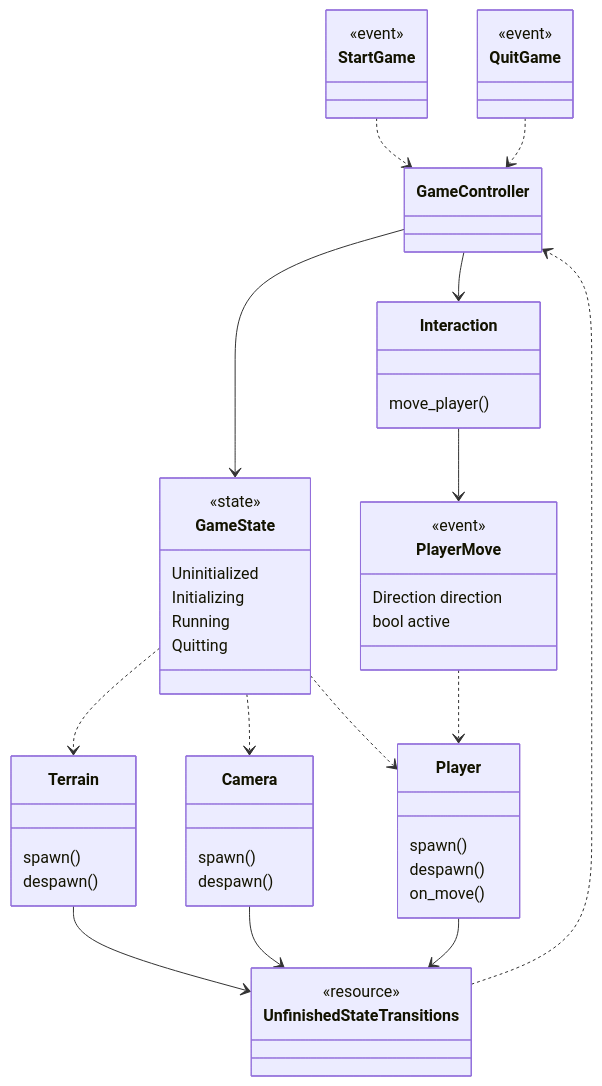
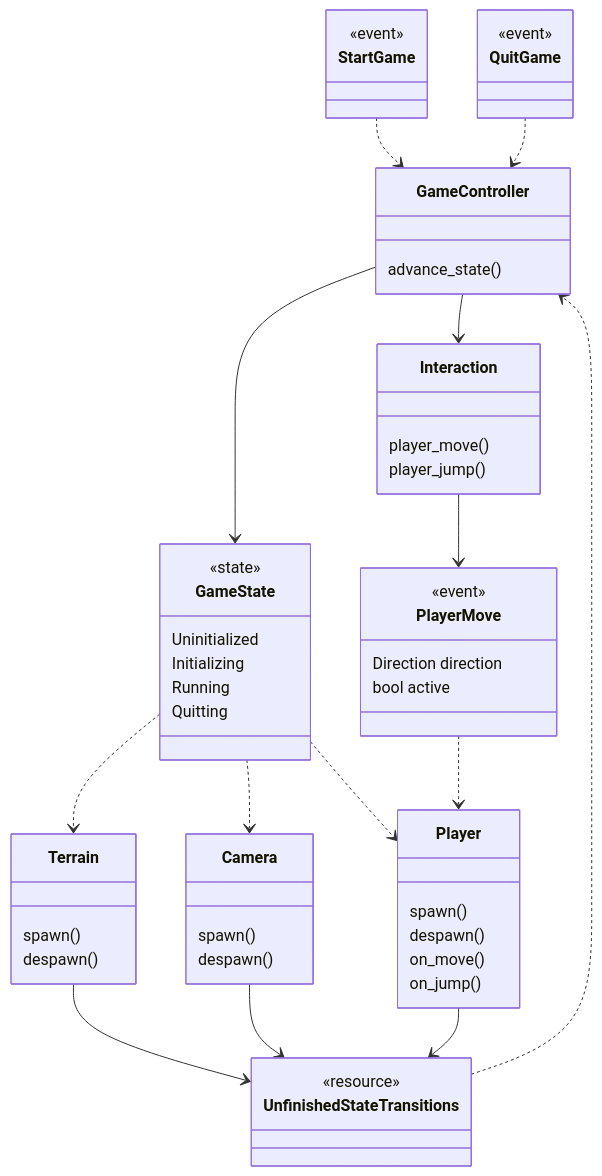
One commit to IhnoL/bevy_barcamp changed the diagram in spec/architecture.mmd. Above: the diagram before and after it, drawn with Mermaid. The commit also changed 2 other files, not shown here.

```diff
--- a/spec/architecture.mmd
+++ b/spec/architecture.mmd
@@ -1,54 +1,57 @@
 %% Mermaid class diagram
 classDiagram
-    class GameController{
+    class GameController {
+        advance_state()
     }
     class Terrain {
         spawn()
         despawn()
     }
     class Camera {
         spawn()
         despawn()
     }
     class Player {
         spawn()
         despawn()
         on_move()
+        on_jump()
     }
     class Interaction {
-        move_player()
+        player_move()
+        player_jump()
     }
     class GameState {
         <<state>>
         Uninitialized
         Initializing
         Running
         Quitting
     }
     class PlayerMove {
         <<event>>
         Direction direction
         bool active
     }
     class UnfinishedStateTransitions {
         <<resource>>
     }
     class StartGame {
         <<event>>
     }
     class QuitGame{
         <<event>>
     }
     GameController --> Interaction
     GameController --> GameState
     GameState ..> Terrain
     GameState ..> Camera
     GameState ..> Player
     Interaction --> PlayerMove
     PlayerMove ..> Player
     Terrain --> UnfinishedStateTransitions
     Camera --> UnfinishedStateTransitions
     Player --> UnfinishedStateTransitions
     UnfinishedStateTransitions ..> GameController
     StartGame ..> GameController
     QuitGame..> GameController
```
